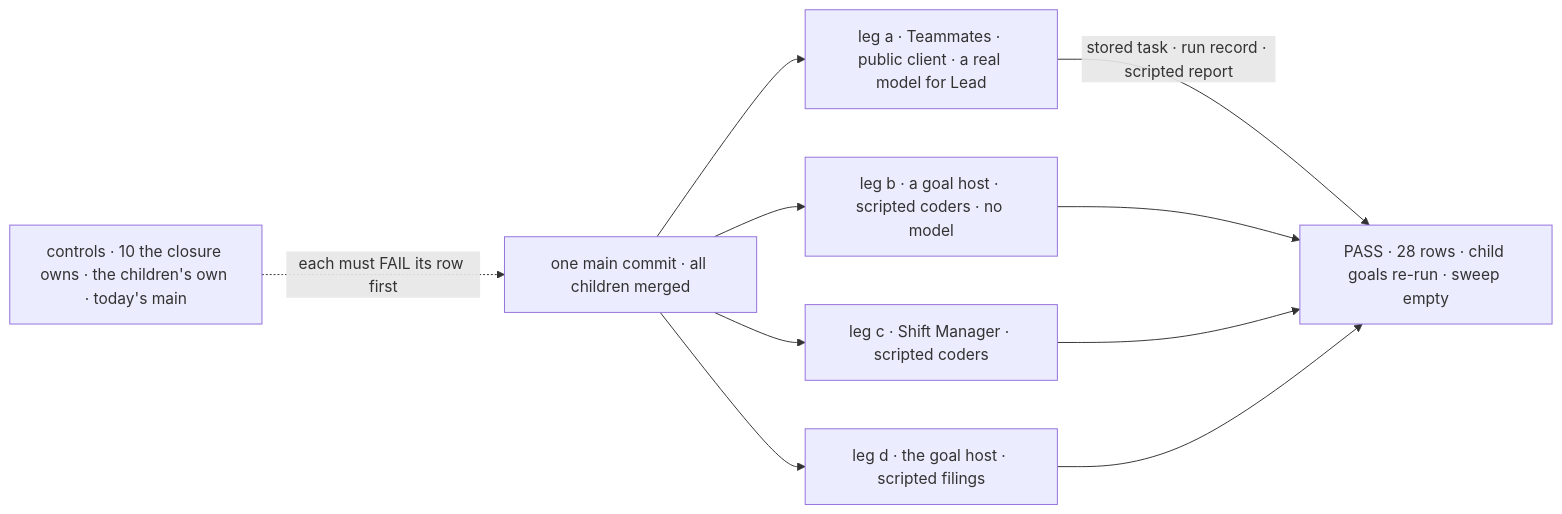
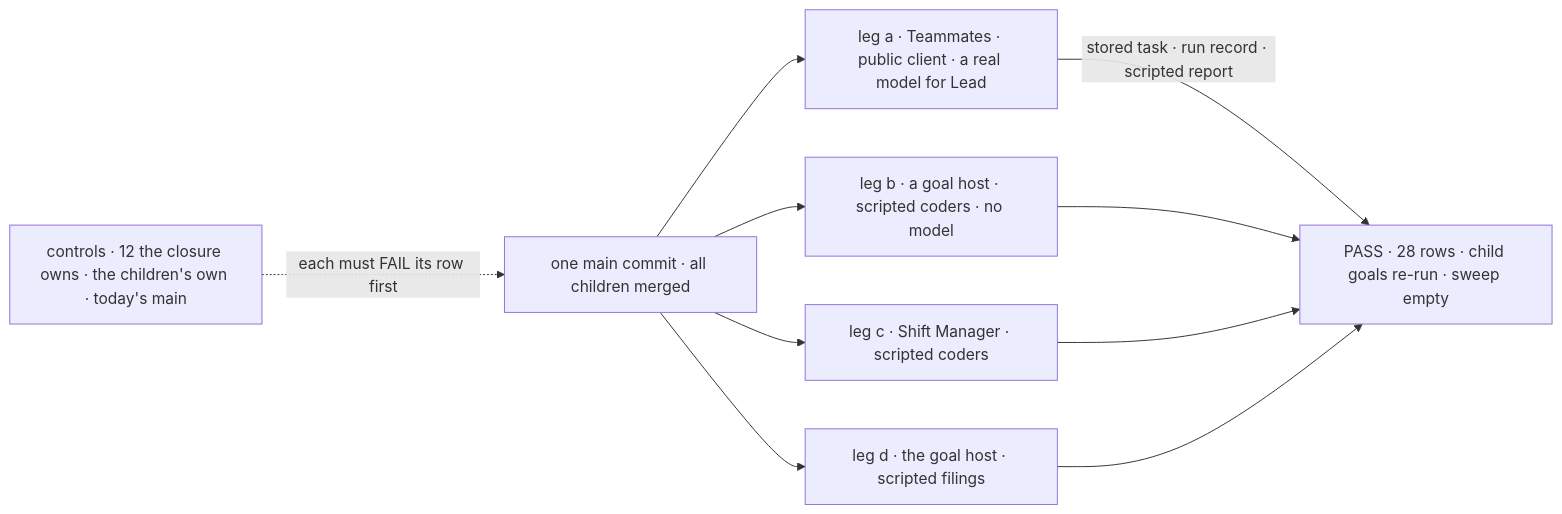
One commit to fixpoint-labs/flow-state-dev changed the first of 2 diagrams in specs/issues/FIX-2883/SPEC.md. Above: the diagram before and after it, drawn with Mermaid. The commit also changed other lines of this file and 4 other files, not shown here.

````diff
--- a/specs/issues/FIX-2883/SPEC.md
+++ b/specs/issues/FIX-2883/SPEC.md
@@ -29,12 +29,12 @@
 ```mermaid
 flowchart LR
   M["one main commit · all children merged"] --> A["leg a · Teammates · public client · a real model for Lead"]
   M --> B["leg b · a goal host · scripted coders · no model"]
   M --> S["leg c · Shift Manager · scripted coders"]
   M --> D["leg d · the goal host · scripted filings"]
   A -->|"stored task · run record · scripted report"| P["PASS · 28 rows · child goals re-run · sweep empty"]
   B --> P
   S --> P
   D --> P
-  C["controls · 10 the closure owns · the children's own · today's main"] -.->|"each must FAIL its row first"| M
+  C["controls · 12 the closure owns · the children's own · today's main"] -.->|"each must FAIL its row first"| M
 ```
````
